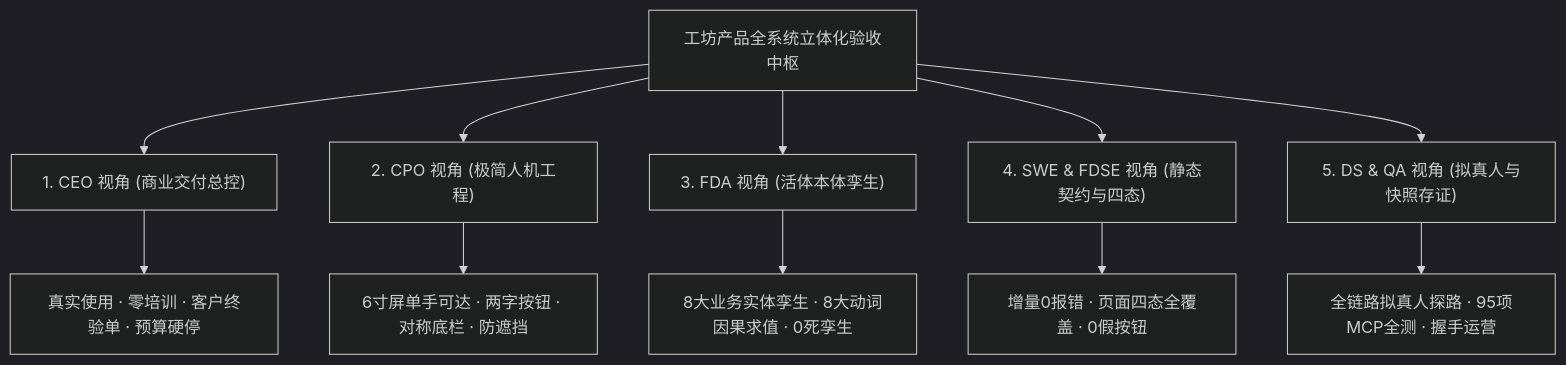
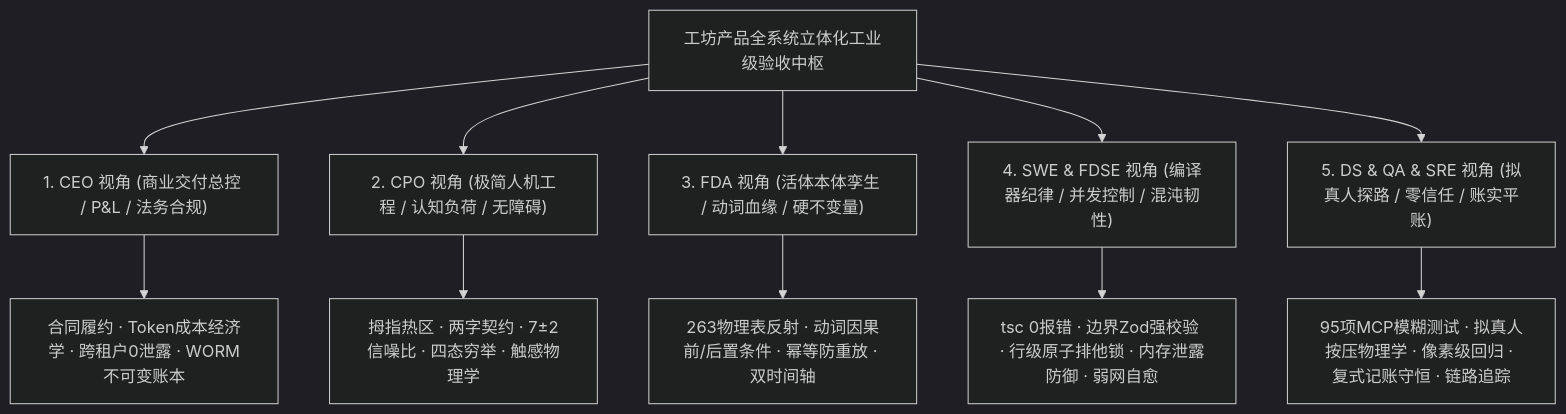
Before and after one commit to xaicd/coolie: the first of 2 diagrams in docs/05_verification/WORKSHOP-FULL-SYSTEM-VERIFICATION-MATRIX.md, drawn with Mermaid (dark theme). The commit also changed other lines of this file and 1 other file, not shown here.

````diff
--- a/docs/05_verification/WORKSHOP-FULL-SYSTEM-VERIFICATION-MATRIX.md
+++ b/docs/05_verification/WORKSHOP-FULL-SYSTEM-VERIFICATION-MATRIX.md
@@ -12,14 +14,14 @@
 ```mermaid
 graph TD
-    A["工坊产品全系统立体化验收中枢"] --> B["1. CEO 视角 (商业交付总控)"]
-    A --> C["2. CPO 视角 (极简人机工程)"]
-    A --> D["3. FDA 视角 (活体本体孪生)"]
-    A --> E["4. SWE & FDSE 视角 (静态契约与四态)"]
-    A --> F["5. DS & QA 视角 (拟真人与快照存证)"]
+    A["工坊产品全系统立体化工业级验收中枢"] --> B["1. CEO 视角 (商业交付总控 / P&L / 法务合规)"]
+    A --> C["2. CPO 视角 (极简人机工程 / 认知负荷 / 无障碍)"]
+    A --> D["3. FDA 视角 (活体本体孪生 / 动词血缘 / 硬不变量)"]
+    A --> E["4. SWE & FDSE 视角 (编译器纪律 / 并发控制 / 混沌韧性)"]
+    A --> F["5. DS & QA & SRE 视角 (拟真人探路 / 零信任 / 账实平账)"]
 
-    B --> B1["真实使用 · 零培训 · 客户终验单 · 预算硬停"]
-    C --> C1["6寸屏单手可达 · 两字按钮 · 对称底栏 · 防遮挡"]
-    D --> D1["8大业务实体孪生 · 8大动词因果求值 · 0死孪生"]
-    E --> E1["增量0报错 · 页面四态全覆盖 · 0假按钮"]
-    F --> F1["全链路拟真人探路 · 95项MCP全测 · 握手运营"]
+    B --> B1["合同履约 · Token成本经济学 · 跨租户0泄露 · WORM不可变账本"]
+    C --> C1["拇指热区 · 两字契约 · 7±2信噪比 · 四态穷举 · 触感物理学"]
+    D --> D1["263物理表反射 · 动词因果前/后置条件 · 幂等防重放 · 双时间轴"]
+    E --> E1["tsc 0报错 · 边界Zod强校验 · 行级原子排他锁 · 内存泄露防御 · 弱网自愈"]
+    F --> F1["95项MCP模糊测试 · 拟真人按压物理学 · 像素级回归 · 复式记账守恒 · 链路追踪"]
 ```
````
